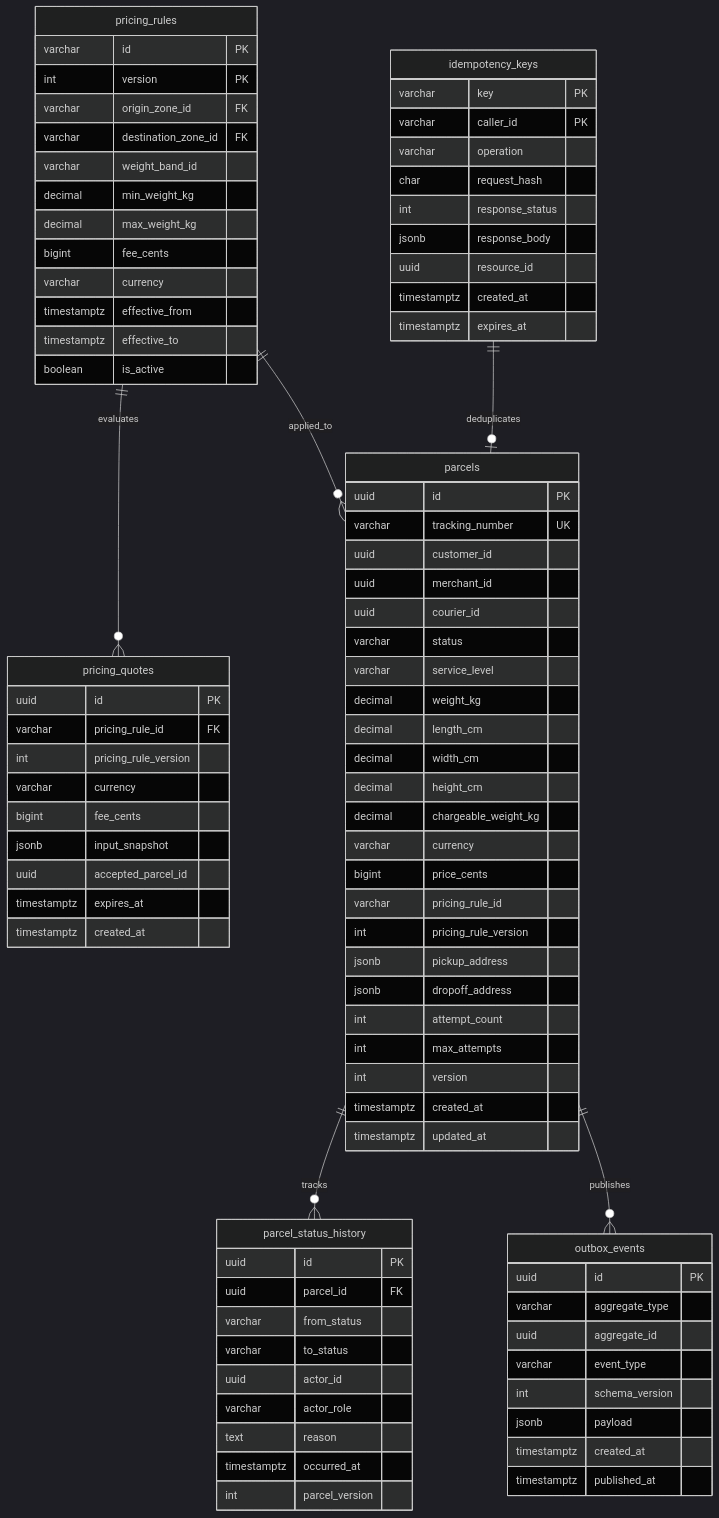
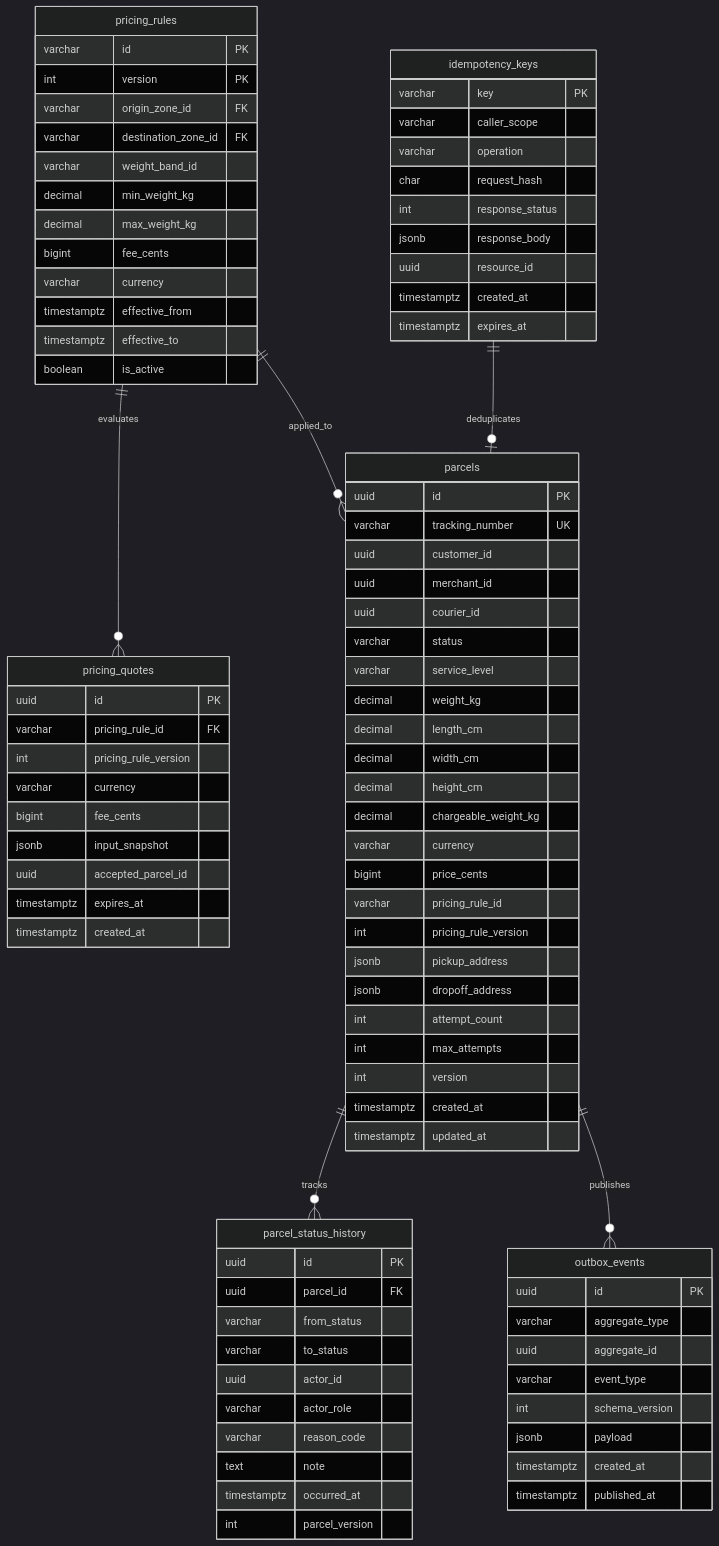
One commit to phantomTroupeEAD/SwiftDrop changed the first of 2 diagrams in docs/drafts/member-02-parcels-pricing/doc-03-internal-architecture-and-design.md. Above: the diagram before and after it, drawn with Mermaid (dark theme). The commit also changed other lines of this file and 11 other files, not shown here.

Commit message:
docs(member-02): reconcile parcel state machine, cancellation flow, idempotency scoping, and pricing proposals with SRS and audit findings

```diff
--- a/docs/drafts/member-02-parcels-pricing/doc-03-internal-architecture-and-design.md
+++ b/docs/drafts/member-02-parcels-pricing/doc-03-internal-architecture-and-design.md
@@ -462,14 +462,15 @@
         varchar to_status
         uuid actor_id
         varchar actor_role
-        text reason
+        varchar reason_code
+        text note
         timestamptz occurred_at
         int parcel_version
     }
 
     idempotency_keys {
         varchar key PK
-        varchar caller_id PK
+        varchar caller_scope
         varchar operation
         char request_hash
         int response_status
```
